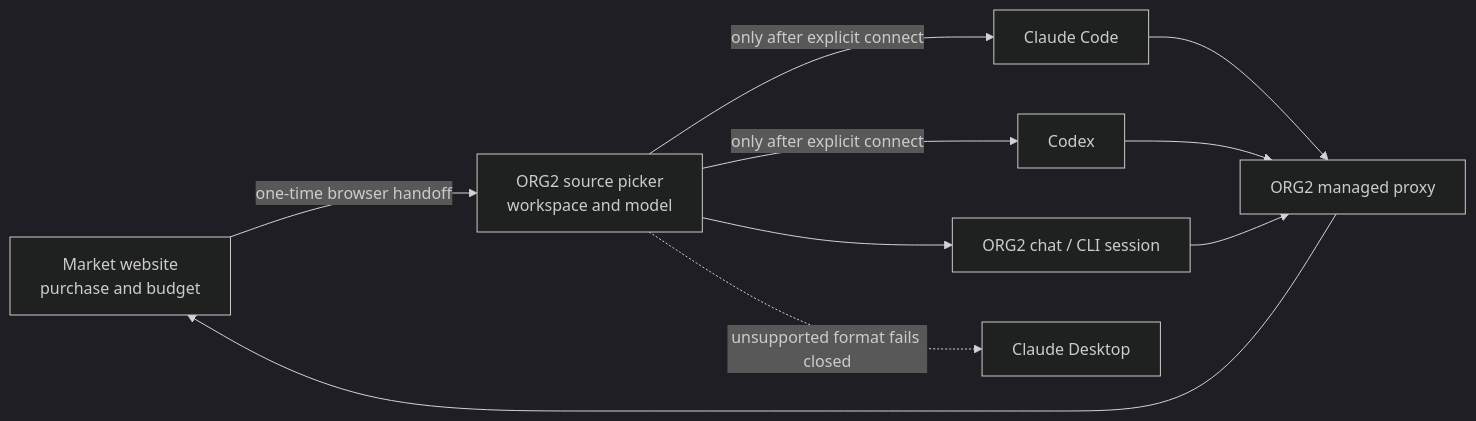
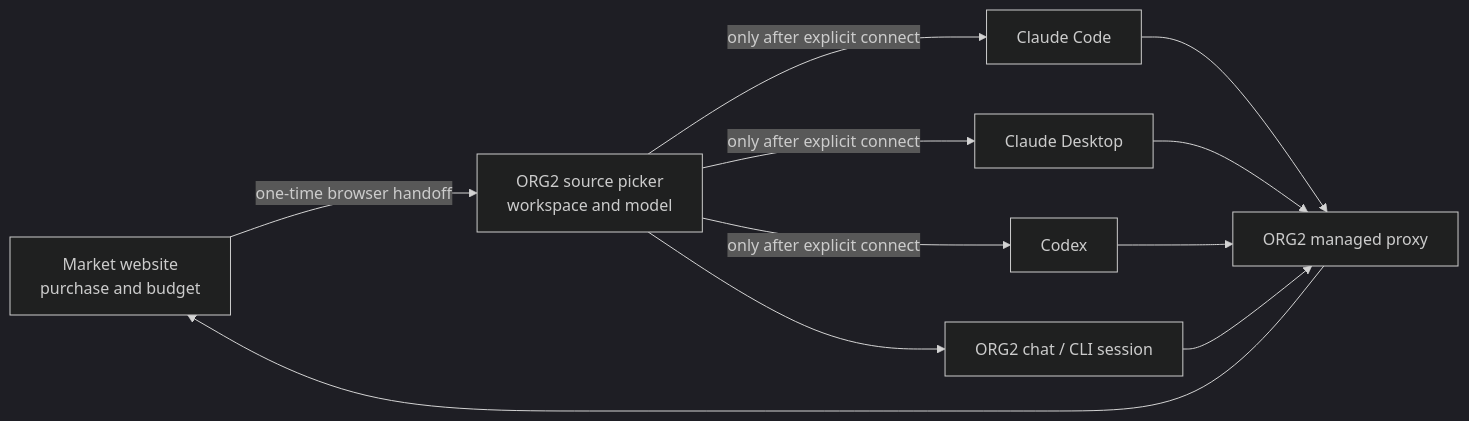
One commit to bmshin94/ORG2 changed the diagram in docs/market-desktop-module.md. Above: the diagram before and after it, drawn with Mermaid (dark theme). The commit also changed other lines of this file and 42 other files, not shown here.

````diff
--- a/docs/market-desktop-module.md
+++ b/docs/market-desktop-module.md
@@ -82,12 +82,13 @@
 ```mermaid
 flowchart LR
     Market[Market website<br/>purchase and budget] -->|one-time browser handoff| ORG2
     ORG2[ORG2 source picker<br/>workspace and model] --> Chat[ORG2 chat / CLI session]
     ORG2 -->|only after explicit connect| Claude[Claude Code]
+    ORG2 -->|only after explicit connect| Desktop[Claude Desktop]
     ORG2 -->|only after explicit connect| Codex[Codex]
-    ORG2 -. unsupported format fails closed .-> Desktop[Claude Desktop]
     Claude --> Proxy[ORG2 managed proxy]
+    Desktop --> Proxy
     Codex --> Proxy
     Chat --> Proxy
     Proxy --> Market
 ```
````
